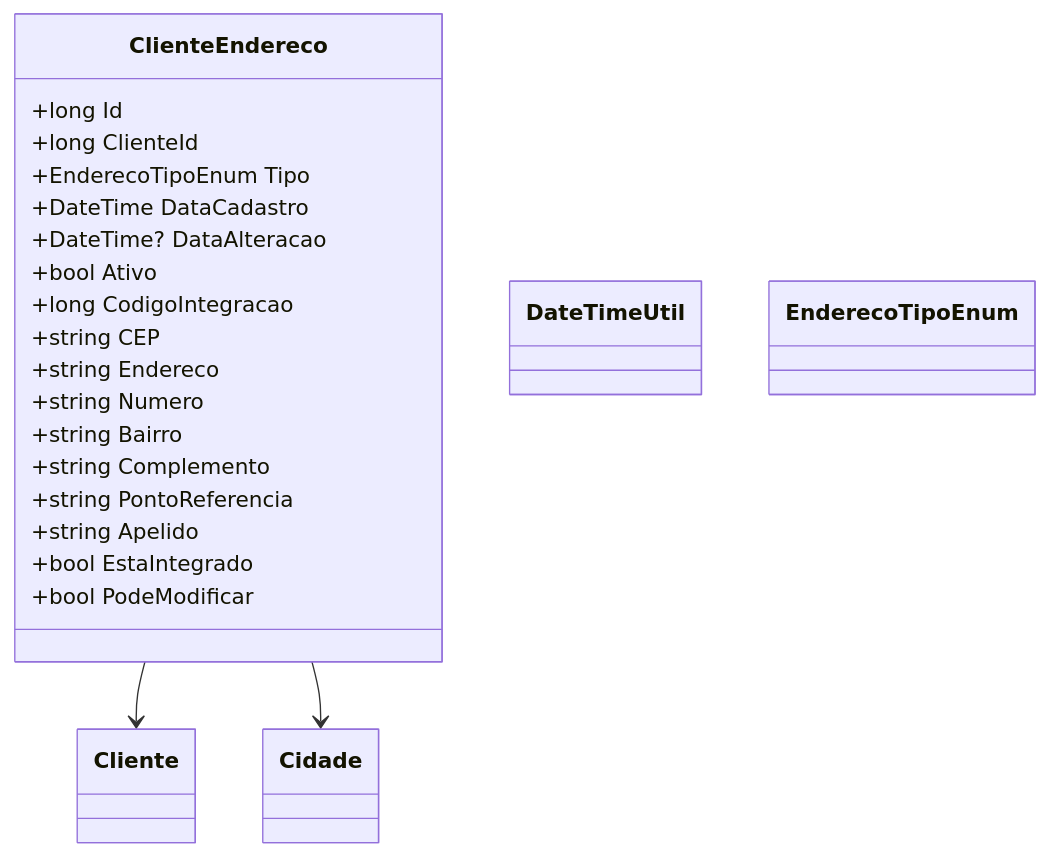
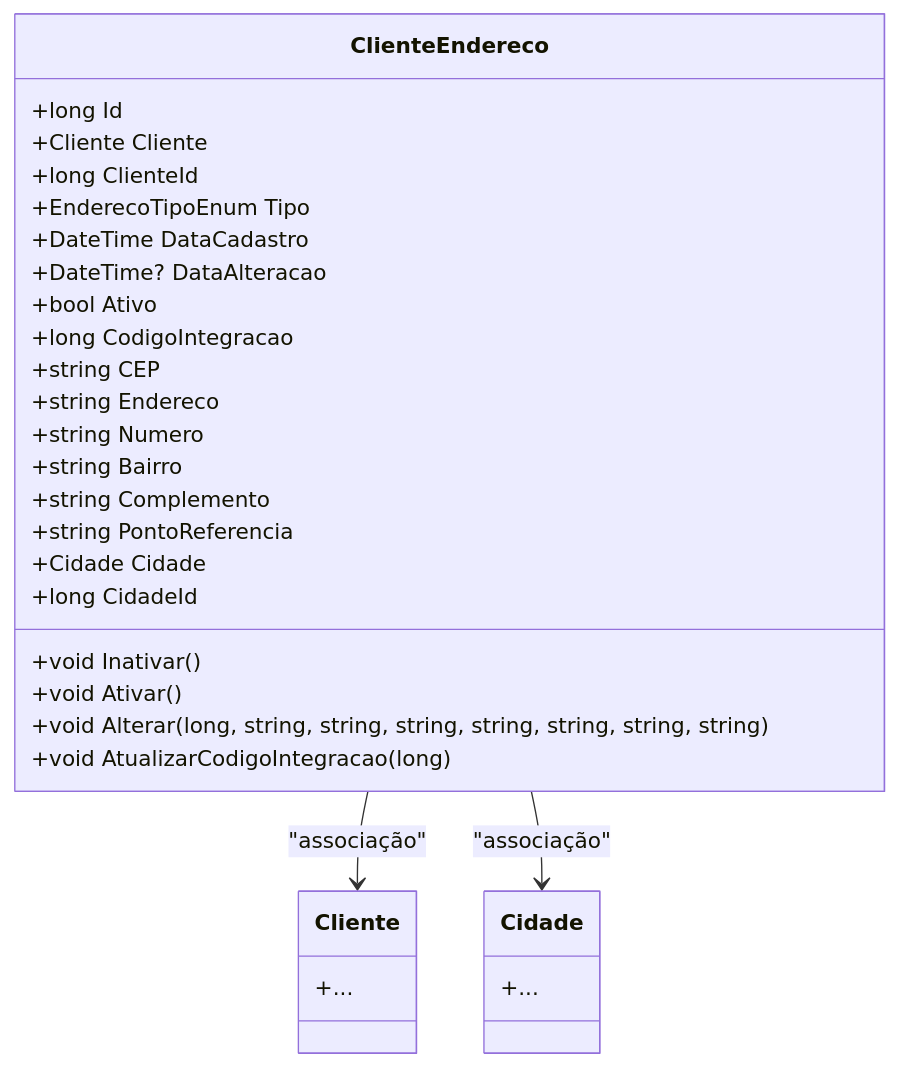
One commit to IsthmusSistemas/documentacao-tecnica changed the diagram in docs/b2b-dominio/IsthmusWinthor.Nucleo/IsthmusWinthor.Dominio/Entidades/ClienteEndereco.md. Above: the diagram before and after it, drawn with Mermaid. The commit also changed other lines of this file and 882 other files, not shown here.

````diff
--- a/docs/b2b-dominio/IsthmusWinthor.Nucleo/IsthmusWinthor.Dominio/Entidades/ClienteEndereco.md
+++ b/docs/b2b-dominio/IsthmusWinthor.Nucleo/IsthmusWinthor.Dominio/Entidades/ClienteEndereco.md
@@ -72,29 +47,36 @@
 ```mermaid
 classDiagram
     class ClienteEndereco {
         +long Id
+        +Cliente Cliente
         +long ClienteId
         +EnderecoTipoEnum Tipo
         +DateTime DataCadastro
         +DateTime? DataAlteracao
         +bool Ativo
         +long CodigoIntegracao
         +string CEP
         +string Endereco
         +string Numero
         +string Bairro
         +string Complemento
         +string PontoReferencia
-        +string Apelido
-        +bool EstaIntegrado
-        +bool PodeModificar
+        +Cidade Cidade
+        +long CidadeId
+        +void Inativar()
+        +void Ativar()
+        +void Alterar(long, string, string, string, string, string, string, string)
+        +void AtualizarCodigoIntegracao(long)
     }
-    
-    class Cliente {}
-    class Cidade {}
-    class DateTimeUtil {}
-    class EnderecoTipoEnum {}
-    
-    ClienteEndereco --> Cliente
-    ClienteEndereco --> Cidade
+
+    class Cliente {
+        +...
+    }
+
+    class Cidade {
+        +...
+    }
+
+    ClienteEndereco --> Cliente : "associação"
+    ClienteEndereco --> Cidade : "associação"
 ```
````
